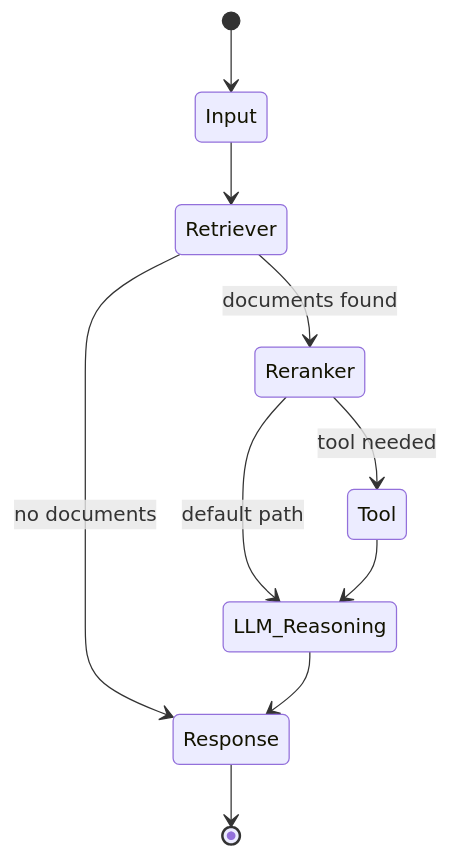
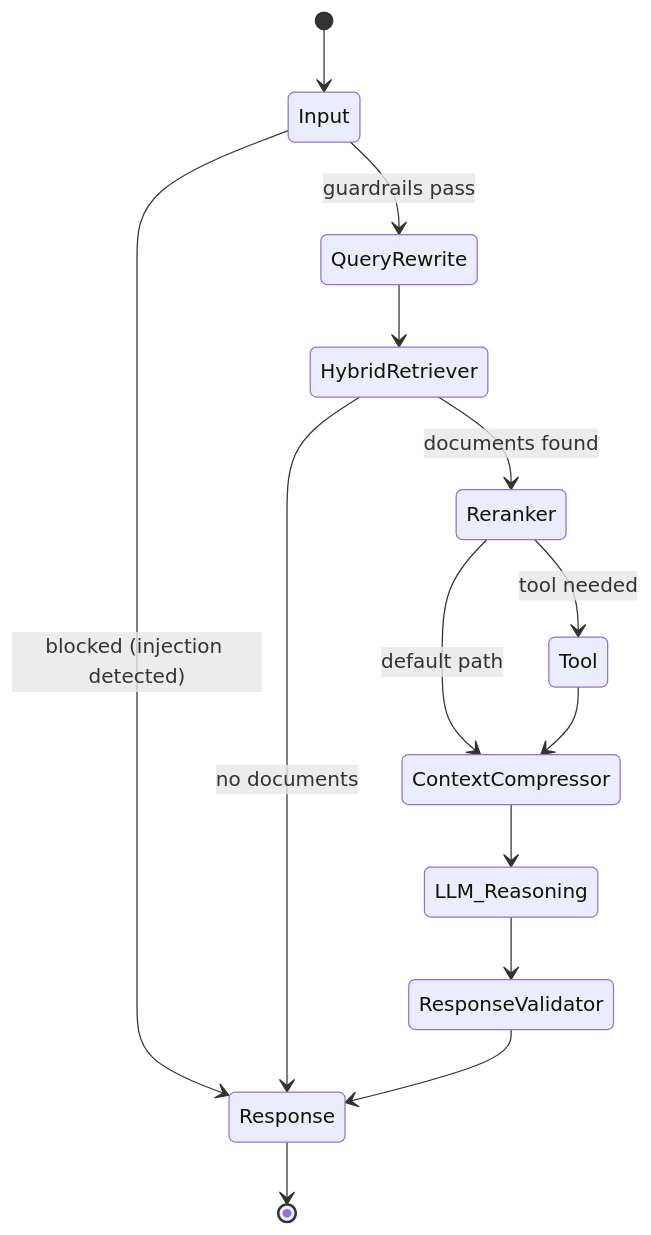
Before and after one commit to Jithendhar18/bookstack-rag-agent: the second of 3 diagrams in README.md, drawn with Mermaid. The commit also changed other lines of this file and 21 other files, not shown here.

````diff
--- a/README.md
+++ b/README.md
@@ -62,12 +69,16 @@
 ```mermaid
 stateDiagram-v2
     [*] --> Input
-    Input --> Retriever
-    Retriever --> Reranker: documents found
-    Retriever --> Response: no documents
-    Reranker --> LLM_Reasoning: default path
+    Input --> QueryRewrite: guardrails pass
+    Input --> Response: blocked (injection detected)
+    QueryRewrite --> HybridRetriever
+    HybridRetriever --> Reranker: documents found
+    HybridRetriever --> Response: no documents
+    Reranker --> ContextCompressor: default path
     Reranker --> Tool: tool needed
-    Tool --> LLM_Reasoning
-    LLM_Reasoning --> Response
+    Tool --> ContextCompressor
+    ContextCompressor --> LLM_Reasoning
+    LLM_Reasoning --> ResponseValidator
+    ResponseValidator --> Response
     Response --> [*]
 ```
````
